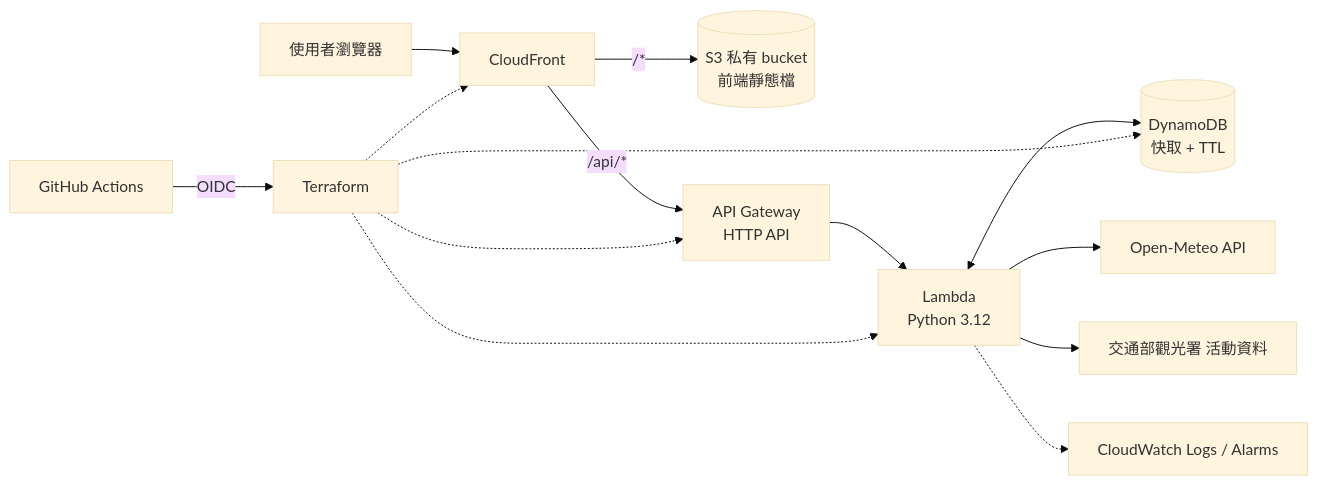
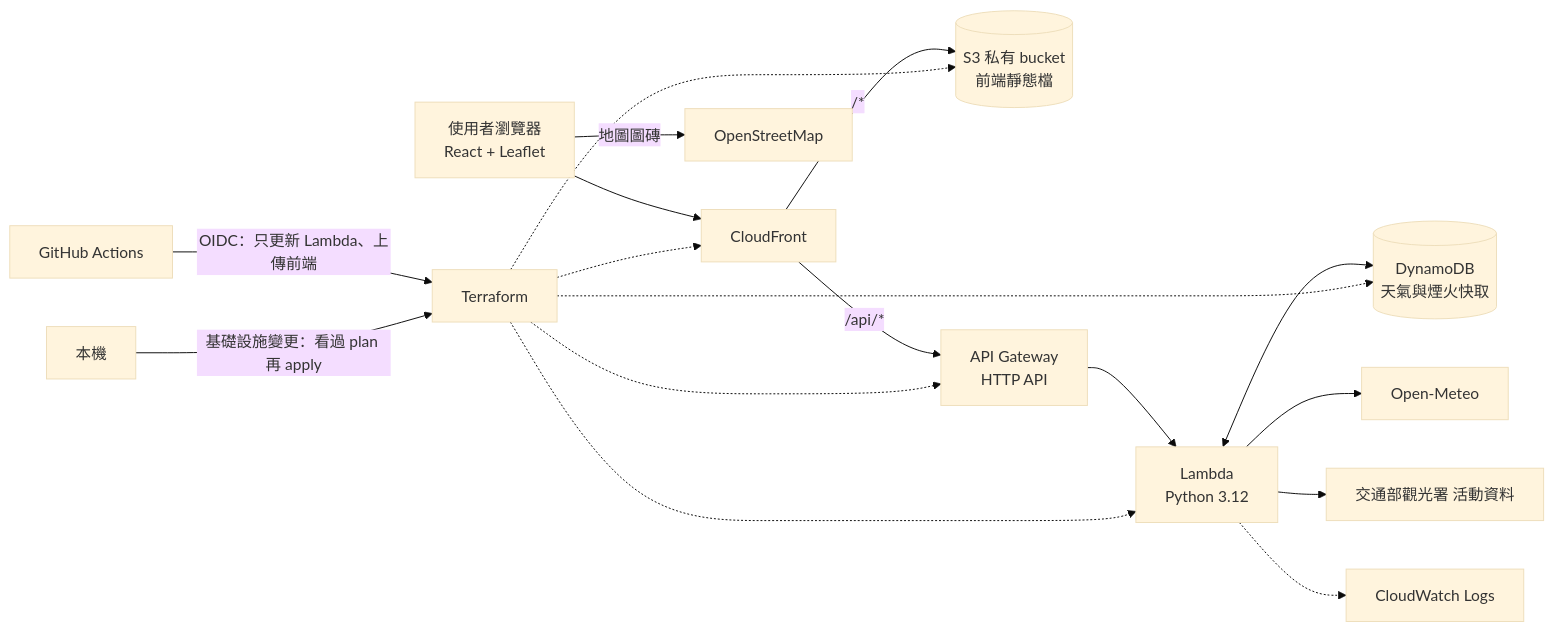
The second of 2 diagrams in README.md (kaisensei1206/weathercast-cloud), drawn with Mermaid (base theme) before and after one commit. The commit also changed other lines of this file, not shown here.

````diff
--- a/README.md
+++ b/README.md
@@ -85,12 +86,15 @@
 ```mermaid
 flowchart LR
-  U[使用者瀏覽器] --> CF[CloudFront]
+  U[使用者瀏覽器<br/>React + Leaflet] --> CF[CloudFront]
+  U -- 地圖圖磚 --> OSM[OpenStreetMap]
   CF -- "/*" --> S3[(S3 私有 bucket<br/>前端靜態檔)]
   CF -- "/api/*" --> APIGW[API Gateway<br/>HTTP API]
   APIGW --> L[Lambda<br/>Python 3.12]
-  L <--> DDB[(DynamoDB<br/>快取 + TTL)]
-  L --> OM[Open-Meteo API]
+  L <--> DDB[(DynamoDB<br/>天氣與煙火快取)]
+  L --> OM[Open-Meteo]
   L --> TW[交通部觀光署 活動資料]
-  L -.-> CW[CloudWatch Logs / Alarms]
-  GA[GitHub Actions] -- OIDC --> TF[Terraform] -.-> CF & APIGW & L & DDB
+  L -.-> CW[CloudWatch Logs]
+  GA[GitHub Actions] -- "OIDC：只更新 Lambda、上傳前端" --> TF[Terraform]
+  PC[本機] -- "基礎設施變更：看過 plan 再 apply" --> TF
+  TF -.-> CF & APIGW & L & DDB & S3
 ```
````
